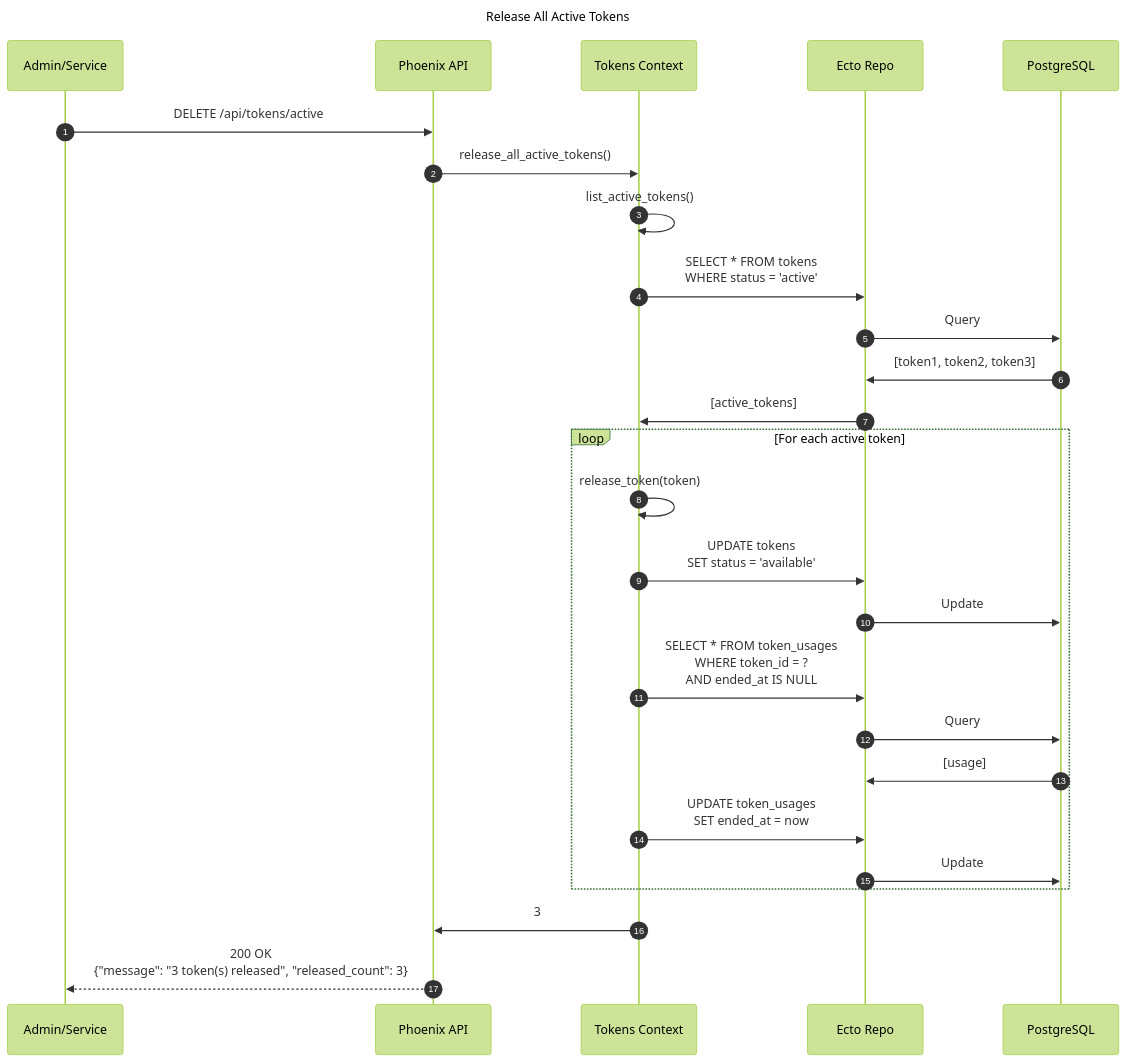
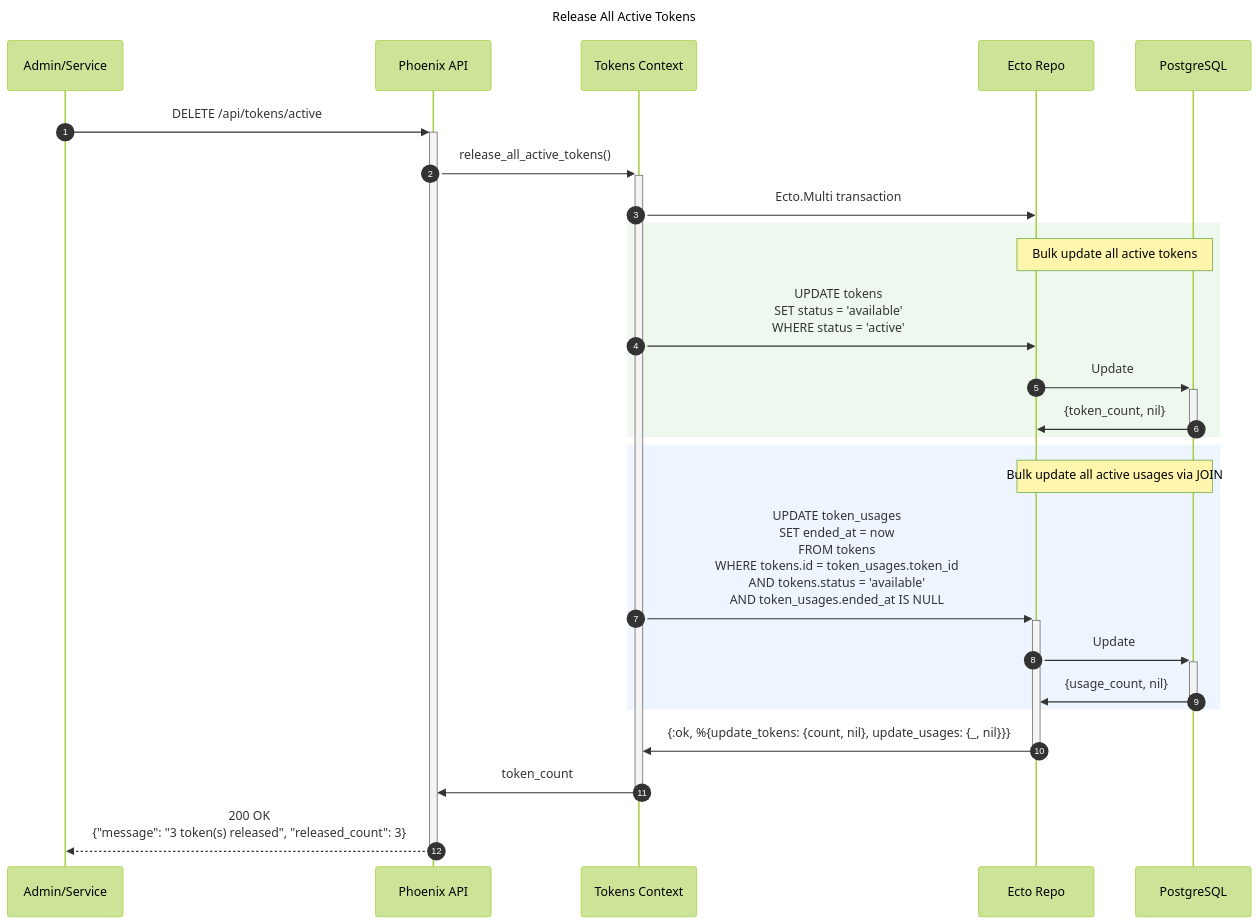
The fifth of 6 diagrams in README.md (helderbarboza/token_guard), drawn with Mermaid (forest theme) before and after one commit. The commit also changed other lines of this file, not shown here.

Commit message:
docs: fix diagrams

````diff
--- a/README.md
+++ b/README.md
@@ -461,37 +473,34 @@
 ```mermaid
 sequenceDiagram
     title Release All Active Tokens
     autonumber
     participant Admin as Admin/Service
     participant API as Phoenix API
     participant Tokens as Tokens Context
     participant Repo as Ecto Repo
     participant DB as PostgreSQL
 
-    Admin->>API: DELETE /api/tokens/active
+    Admin->>+API: DELETE /api/tokens/active
     
-    API->>Tokens: release_all_active_tokens()
+    API->>+Tokens: release_all_active_tokens()
     
-    Tokens->>Tokens: list_active_tokens()
-    Tokens->>Repo: SELECT * FROM tokens<br/>WHERE status = 'active'
-    Repo->>DB: Query
-    DB->>Repo: [token1, token2, token3]
-    Repo->>Tokens: [active_tokens]
+    Tokens->>Repo: Ecto.Multi transaction
     
-    loop For each active token
-        Tokens->>Tokens: release_token(token)
-        
-        Tokens->>Repo: UPDATE tokens<br/>SET status = 'available'
-        Repo->>DB: Update
-        
-        Tokens->>Repo: SELECT * FROM token_usages<br/>WHERE token_id = ?<br/>AND ended_at IS NULL
-        Repo->>DB: Query
-        DB->>Repo: [usage]
-        
-        Tokens->>Repo: UPDATE token_usages<br/>SET ended_at = now
-        Repo->>DB: Update
+    rect rgba(200, 230, 200, 0.3)
+        Note over Repo,DB: Bulk update all active tokens
+        Tokens->>Repo: UPDATE tokens<br/>SET status = 'available'<br/>WHERE status = 'active'
+        Repo->>+DB: Update
+        DB->>-Repo: {token_count, nil}
     end
     
-    Tokens->>API: 3
-    API-->>Admin: 200 OK<br/>{"message": "3 token(s) released", "released_count": 3}
+    rect rgba(200, 220, 255, 0.3)
+        Note over Repo,DB: Bulk update all active usages via JOIN
+        Tokens->>+Repo: UPDATE token_usages<br/>SET ended_at = now<br/>FROM tokens<br/>WHERE tokens.id = token_usages.token_id<br/>AND tokens.status = 'available'<br/>AND token_usages.ended_at IS NULL
+        Repo->>+DB: Update
+        DB->>-Repo: {usage_count, nil}
+    end
+    
+    Repo->>-Tokens: {:ok, %{update_tokens: {count, nil}, update_usages: {_, nil}}}
+    Tokens->>-API: token_count
+    API-->>-Admin: 200 OK<br/>{"message": "3 token(s) released", "released_count": 3}
 ```
````
